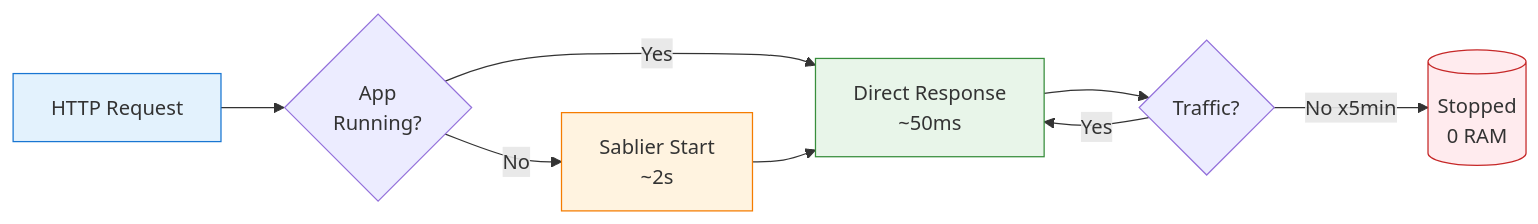
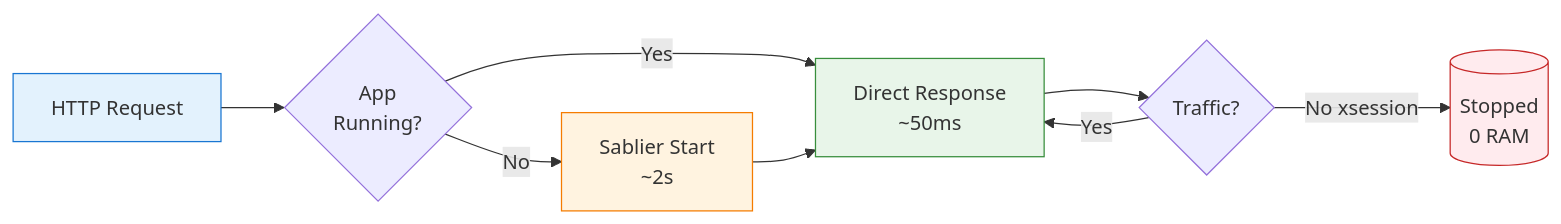
One commit to jakob1379/homelab changed the second of 2 diagrams in README.md. Above: the diagram before and after it, drawn with Mermaid. The commit also changed other lines of this file and 4 other files, not shown here.

Commit message:
feat(portainer): add pods bootstrap deployment flow

````diff
--- a/README.md
+++ b/README.md
@@ -94,14 +95,14 @@
 ```mermaid
 flowchart LR
     A[HTTP Request] --> B{App<br/>Running?}
     B -->|Yes| C[Direct Response<br/>~50ms]
     B -->|No| D[Sablier Start<br/>~2s] --> C
     C --> E{Traffic?}
     E -->|Yes| C
-    E -->|No x5min| F[(Stopped<br/>0 RAM)]
+    E -->|No xsession| F[(Stopped<br/>0 RAM)]
 
     style A fill:#e3f2fd,stroke:#1976d2
     style C fill:#e8f5e9,stroke:#388e3c
     style D fill:#fff3e0,stroke:#f57c00
     style F fill:#ffebee,stroke:#c62828
 ```
````
